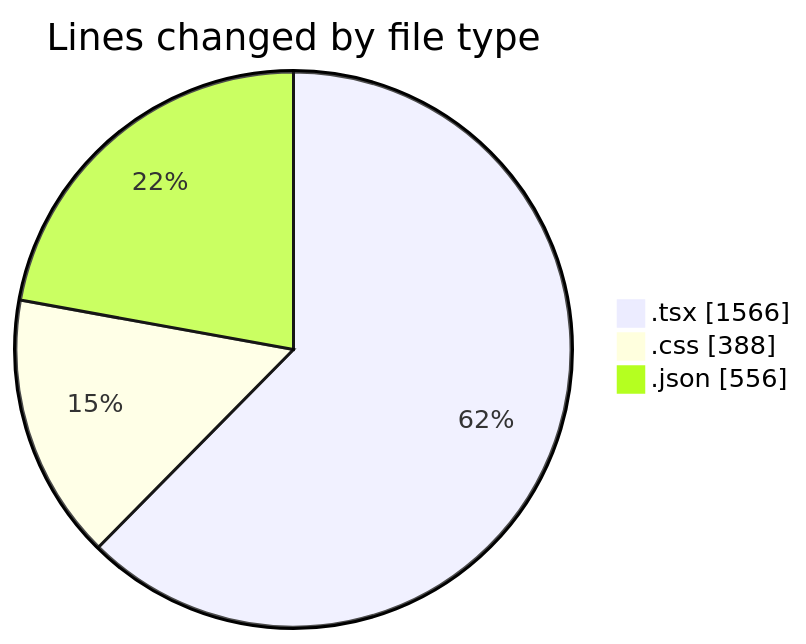
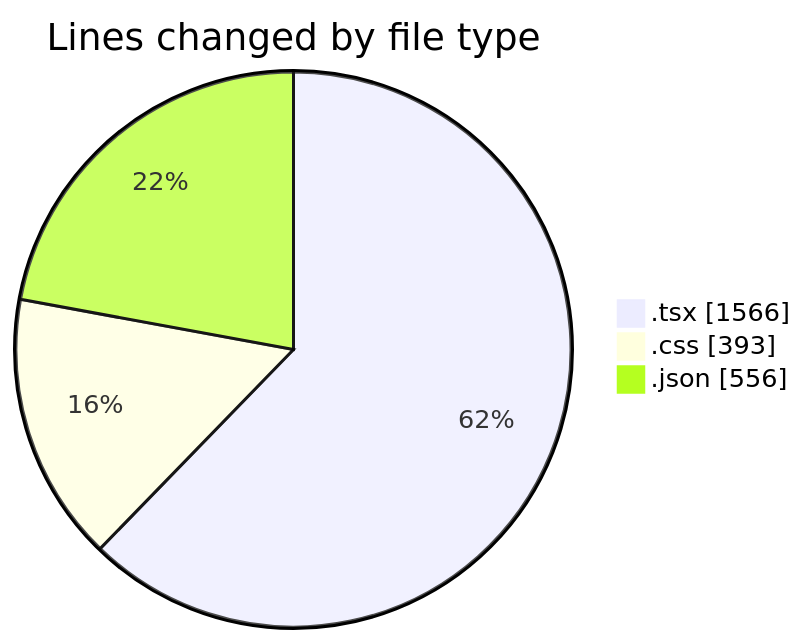
The first of 2 diagrams in 2025-08-04/tw-server/README.md (EIIisD/code-tracking), drawn with Mermaid before and after one commit. The commit also changed other lines of this file and 1 other file, not shown here.

````diff
--- a/2025-08-04/tw-server/README.md
+++ b/2025-08-04/tw-server/README.md
@@ -28,7 +28,7 @@
 ```mermaid
 pie showData
 title Lines changed by file type
 ".tsx" : 1566
-".css" : 388
+".css" : 393
 ".json" : 556
 ```
````
